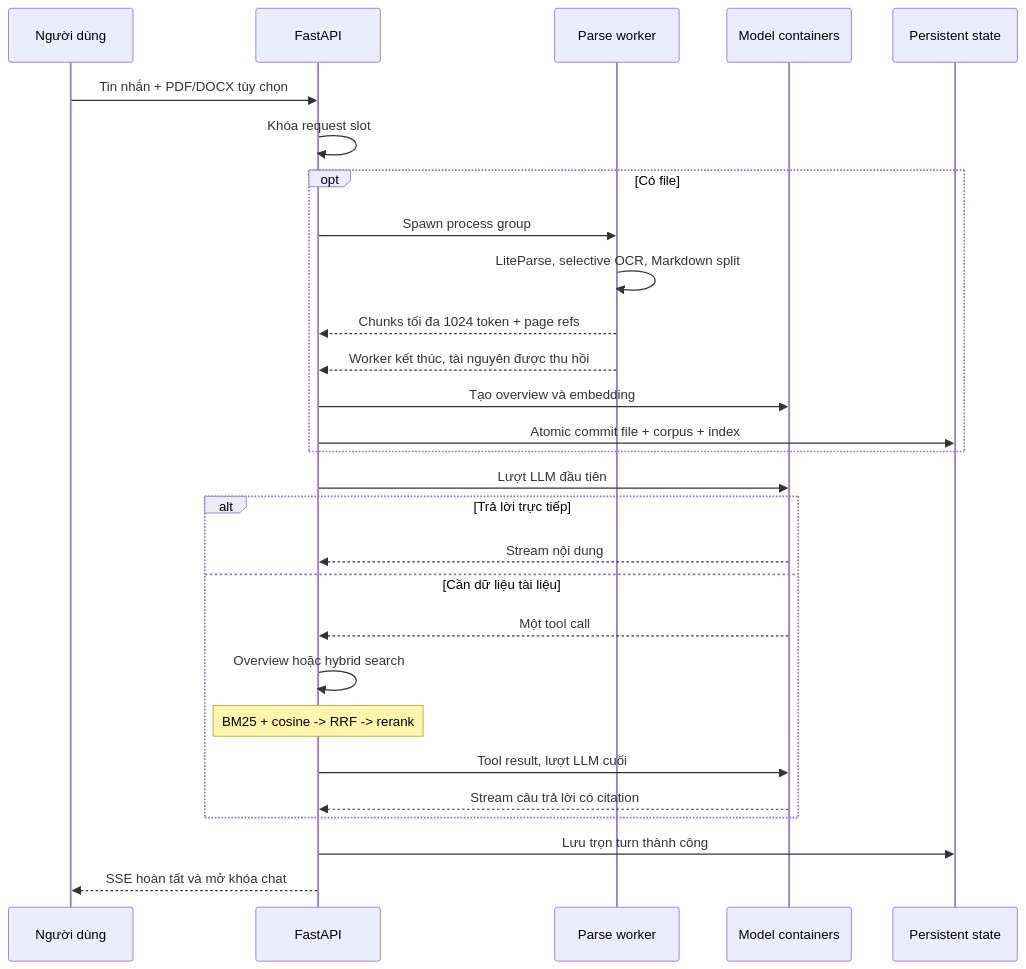
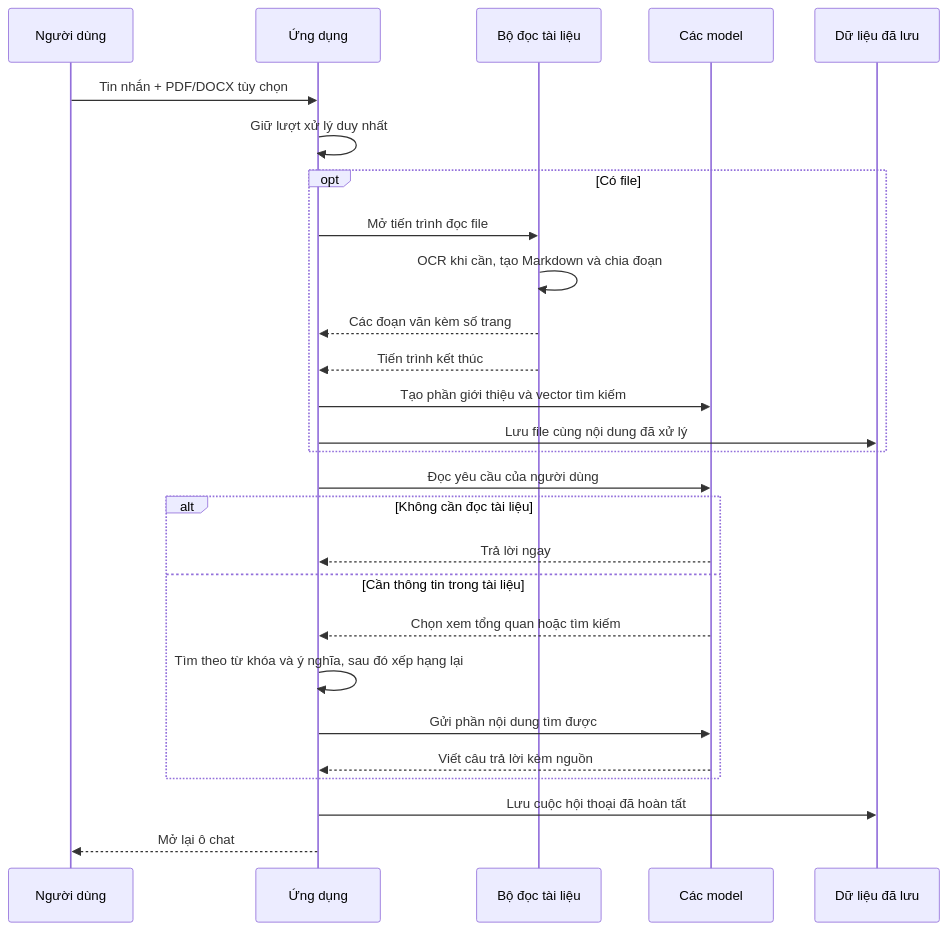
The second of 2 diagrams in README.md (vpthinh19/local-rag-chatbot), drawn with Mermaid before and after one commit. The commit also changed other lines of this file, not shown here.

Commit message:
docs: simplify architecture overview

````diff
--- a/README.md
+++ b/README.md
@@ -36,31 +29,30 @@
 ```mermaid
 sequenceDiagram
     participant U as Người dùng
-    participant A as FastAPI
-    participant P as Parse worker
-    participant M as Model containers
-    participant S as Persistent state
+    participant A as Ứng dụng
+    participant P as Bộ đọc tài liệu
+    participant M as Các model
+    participant S as Dữ liệu đã lưu
 
     U->>A: Tin nhắn + PDF/DOCX tùy chọn
-    A->>A: Khóa request slot
+    A->>A: Giữ lượt xử lý duy nhất
     opt Có file
-        A->>P: Spawn process group
-        P->>P: LiteParse, selective OCR, Markdown split
-        P-->>A: Chunks tối đa 1024 token + page refs
-        P-->>A: Worker kết thúc, tài nguyên được thu hồi
-        A->>M: Tạo overview và embedding
-        A->>S: Atomic commit file + corpus + index
+        A->>P: Mở tiến trình đọc file
+        P->>P: OCR khi cần, tạo Markdown và chia đoạn
+        P-->>A: Các đoạn văn kèm số trang
+        P-->>A: Tiến trình kết thúc
+        A->>M: Tạo phần giới thiệu và vector tìm kiếm
+        A->>S: Lưu file cùng nội dung đã xử lý
     end
-    A->>M: Lượt LLM đầu tiên
-    alt Trả lời trực tiếp
-        M-->>A: Stream nội dung
-    else Cần dữ liệu tài liệu
-        M-->>A: Một tool call
-        A->>A: Overview hoặc hybrid search
-        Note over A: BM25 + cosine -> RRF -> rerank
-        A->>M: Tool result, lượt LLM cuối
-        M-->>A: Stream câu trả lời có citation
+    A->>M: Đọc yêu cầu của người dùng
+    alt Không cần đọc tài liệu
+        M-->>A: Trả lời ngay
+    else Cần thông tin trong tài liệu
+        M-->>A: Chọn xem tổng quan hoặc tìm kiếm
+        A->>A: Tìm theo từ khóa và ý nghĩa, sau đó xếp hạng lại
+        A->>M: Gửi phần nội dung tìm được
+        M-->>A: Viết câu trả lời kèm nguồn
     end
-    A->>S: Lưu trọn turn thành công
-    A-->>U: SSE hoàn tất và mở khóa chat
+    A->>S: Lưu cuộc hội thoại đã hoàn tất
+    A-->>U: Mở lại ô chat
 ```
````
